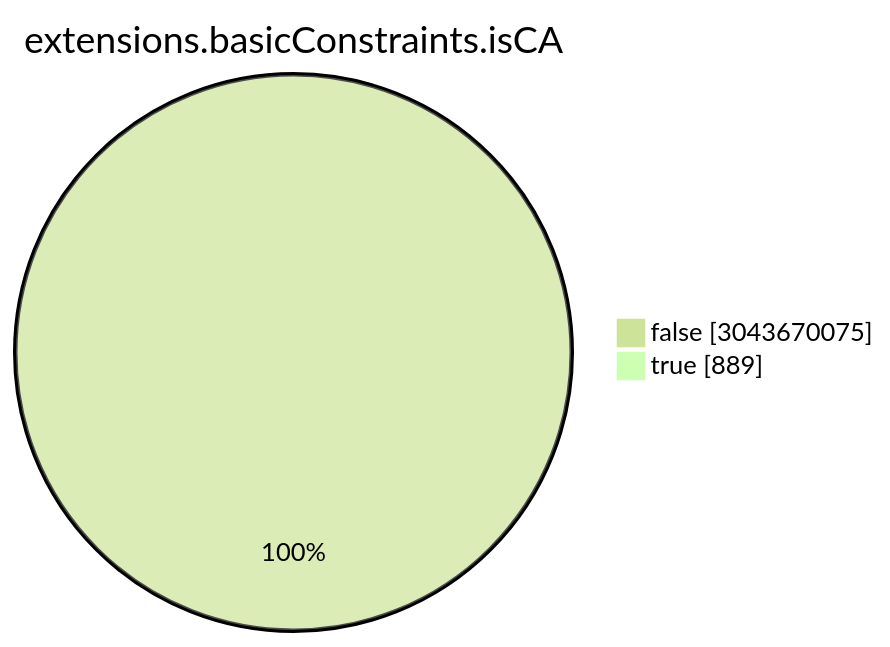
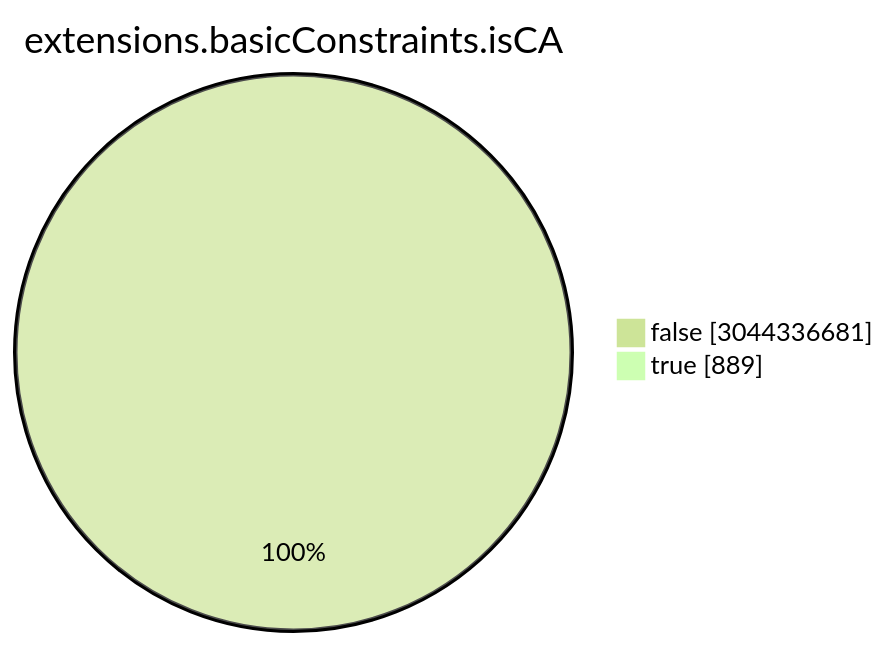
Before and after one commit to christiankrug/ctmonitor_visualization: the seventh of 15 diagrams in TOTAL/README.md, drawn with Mermaid (forest theme). The commit also changed other lines of this file, not shown here.

````diff
--- a/TOTAL/README.md
+++ b/TOTAL/README.md
@@ -3088,6 +3088,6 @@
 ```mermaid
 pie showData
 title extensions.basicConstraints.isCA
-"false" :3043670075
+"false" :3044336681
 "true" :889
 ```
````
